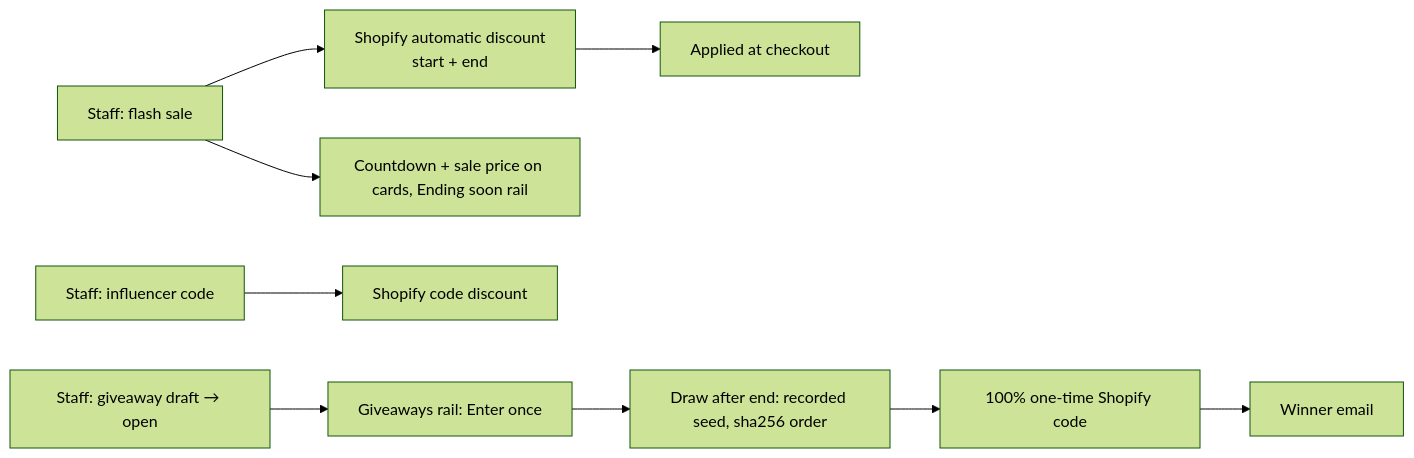
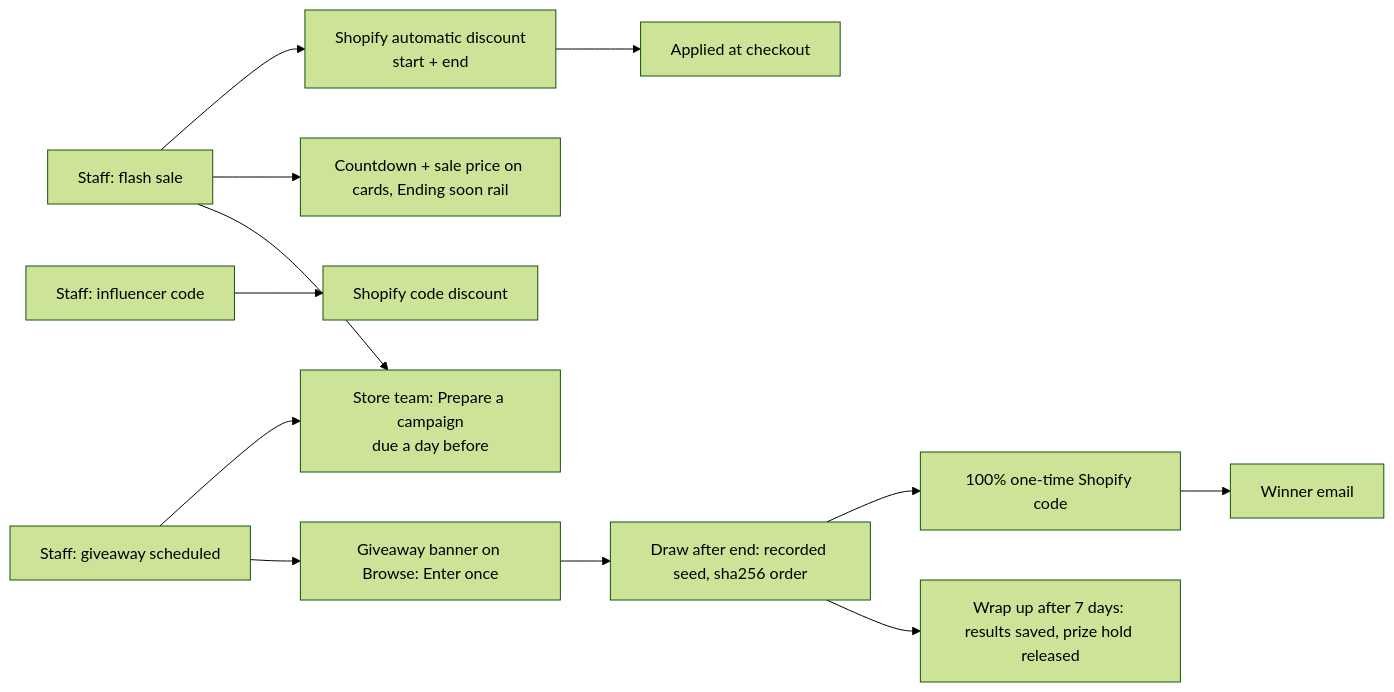
Before and after one commit to prolifixs/fayfort-ai: diagram 11 of 15 in docs/FAYFORT_SYSTEM_MAP.md, drawn with Mermaid (forest theme). The commit also changed other lines of this file and 45 other files, not shown here.

Commit message:
Store team department with products workspace and admin review, store sections on Browse, schedule tab, campaign preparation and giveaway wrap up, Instagram posts refresh faster

````diff
--- a/docs/FAYFORT_SYSTEM_MAP.md
+++ b/docs/FAYFORT_SYSTEM_MAP.md
@@ -218,9 +218,12 @@
 ```mermaid
 flowchart LR
   FS[Staff: flash sale] --> AD[Shopify automatic discount<br/>start + end] --> CK[Applied at checkout]
   FS --> CD[Countdown + sale price on cards, Ending soon rail]
   IC[Staff: influencer code] --> CDC[Shopify code discount]
-  G[Staff: giveaway draft → open] --> GR[Giveaways rail: Enter once]
+  G[Staff: giveaway scheduled] --> PREP[Store team: Prepare a campaign<br/>due a day before]
+  G --> GR[Giveaway banner on Browse: Enter once]
   GR --> DRAW[Draw after end: recorded seed, sha256 order]
   DRAW --> PRZ[100% one-time Shopify code] --> EM[Winner email]
+  DRAW --> WRAP[Wrap up after 7 days: results saved, prize hold released]
+  FS --> PREP
 ```
````
